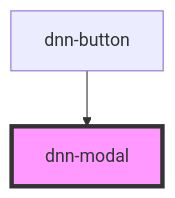
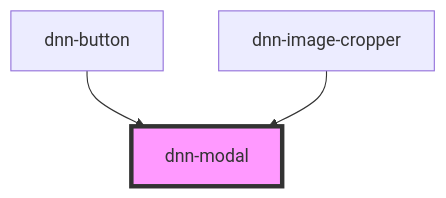
One commit to DNNCommunity/dnn-elements changed the diagram in src/components/dnn-modal/readme.md. Above: the diagram before and after it, drawn with Mermaid. The commit also changed other lines of this file and 6 other files, not shown here.

Commit message:
Implemented min-size validation for dnn-cropper

````diff
--- a/src/components/dnn-modal/readme.md
+++ b/src/components/dnn-modal/readme.md
@@ -54,5 +62,6 @@
 ```mermaid
 graph TD;
   dnn-button --> dnn-modal
+  dnn-image-cropper --> dnn-modal
   style dnn-modal fill:#f9f,stroke:#333,stroke-width:4px
 ```
````
